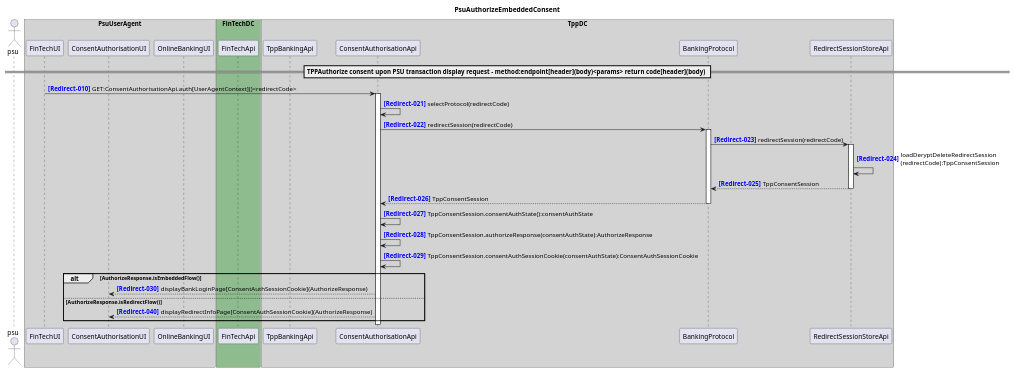
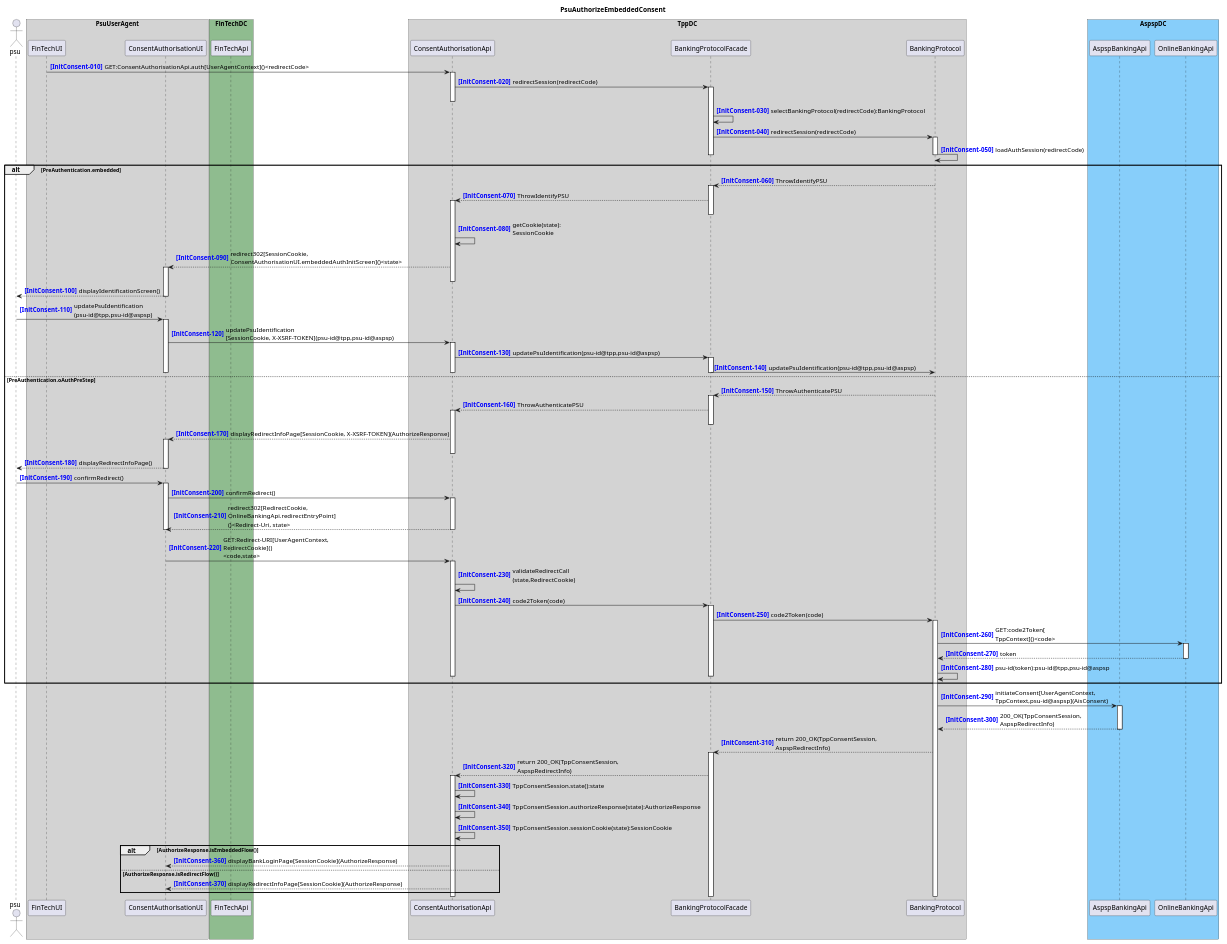
One commit to adorsys/open-banking-gateway changed the diagram in docs/architecture/diagrams/useCases/5-redirectPsuToConsentAPI.puml. Above: the diagram before and after it, drawn with PlantUML. The commit also changed 9 other files, not shown here.

```diff
--- a/docs/architecture/diagrams/useCases/5-redirectPsuToConsentAPI.puml
+++ b/docs/architecture/diagrams/useCases/5-redirectPsuToConsentAPI.puml
@@ -1,45 +1,86 @@
 @startuml
 title PsuAuthorizeEmbeddedConsent
-autonumber 10 10 "<b><color blue>[Redirect-000]</color></b>"
+autonumber 10 10 "<b><color blue>[InitConsent-000]</color></b>"
 actor psu
 
 box "PsuUserAgent" #LightGray
     participant "FinTechUI" as FinTechUI
     participant "ConsentAuthorisationUI" as ConsentAuthorisationUI
-    participant "OnlineBankingUI" as OnlineBankingUI
+    'participant "OnlineBankingUI" as OnlineBankingUI
 end box
 box "FinTechDC" #DarkSeaGreen
     participant "FinTechApi" as FinTechApi
 end box
 box "TppDC" #LightGray
-    participant "TppBankingApi" as TppBankingApi
+    'participant "TppBankingApi" as TppBankingApi
     'participant "TppBankSearchApi" as TppBankSearchApi
     participant "ConsentAuthorisationApi" as ConsentAuthorisationApi
+    participant "BankingProtocolFacade" as BankingProtocolFacade
 
     participant "BankingProtocol" as BankingProtocol
-    participant "RedirectSessionStoreApi" as RedirectSessionStoreApi
+    'participant "RedirectSessionStoreApi" as RedirectSessionStoreApi
 end box
 box "AspspDC" #LightSkyBlue
-	'participant "AspspBankingApi" as AspspBankingApi
-    'participant "OnlineBankingApi" as OnlineBankingApi
+	participant "AspspBankingApi" as AspspBankingApi
+    participant "OnlineBankingApi" as OnlineBankingApi
 end box
-== TPPAuthorize consent upon PSU transaction display request - method:endpoint[header](body)<params> return code[header](body) ==
 
 FinTechUI -> ConsentAuthorisationApi ++ : GET:ConsentAuthorisationApi.auth[UserAgentContext]()<redirectCode>
-autonumber 21 1 "<b><color blue>[Redirect-000]</color></b>"
-ConsentAuthorisationApi -> ConsentAuthorisationApi : selectProtocol(redirectCode)
-ConsentAuthorisationApi -> BankingProtocol ++ : redirectSession(redirectCode)
-BankingProtocol -> RedirectSessionStoreApi ++ : redirectSession(redirectCode)
-RedirectSessionStoreApi -> RedirectSessionStoreApi : loadDeryptDeleteRedirectSession\n(redirectCode):TppConsentSession
-return TppConsentSession
-return TppConsentSession
-ConsentAuthorisationApi -> ConsentAuthorisationApi : TppConsentSession.consentAuthState():consentAuthState
-ConsentAuthorisationApi -> ConsentAuthorisationApi : TppConsentSession.authorizeResponse(consentAuthState):AuthorizeResponse
-ConsentAuthorisationApi -> ConsentAuthorisationApi : TppConsentSession.consentAuthSessionCookie(consentAuthState):ConsentAuthSessionCookie
-autonumber 30 10 "<b><color blue>[Redirect-000]</color></b>"
+ConsentAuthorisationApi -> BankingProtocolFacade ++ : redirectSession(redirectCode)
+deactivate ConsentAuthorisationApi
+BankingProtocolFacade -> BankingProtocolFacade : selectBankingProtocol(redirectCode):BankingProtocol
+BankingProtocolFacade -> BankingProtocol ++ : redirectSession(redirectCode)
+BankingProtocol -> BankingProtocol : loadAuthSession(redirectCode)
+deactivate BankingProtocolFacade
+deactivate BankingProtocol
+alt PreAuthentication.embedded
+    BankingProtocol --> BankingProtocolFacade ++ : ThrowIdentifyPSU
+    BankingProtocolFacade --> ConsentAuthorisationApi ++ : ThrowIdentifyPSU
+    deactivate BankingProtocolFacade
+    ConsentAuthorisationApi -> ConsentAuthorisationApi : getCookie(state):\nSessionCookie
+    ConsentAuthorisationApi --> ConsentAuthorisationUI ++ : redirect302[SessionCookie,\nConsentAuthorisationUI.embeddedAuthInitScreen]()<state>
+    deactivate ConsentAuthorisationApi
+    ConsentAuthorisationUI --> psu : displayIdentificationScreen()
+    deactivate ConsentAuthorisationUI
+    psu -> ConsentAuthorisationUI ++ : updatePsuIdentification\n(psu-id@tpp,psu-id@aspsp)
+    ConsentAuthorisationUI -> ConsentAuthorisationApi ++ : updatePsuIdentification\n[SessionCookie, X-XSRF-TOKEN](psu-id@tpp,psu-id@aspsp)
+    ConsentAuthorisationApi -> BankingProtocolFacade ++ : updatePsuIdentification(psu-id@tpp,psu-id@aspsp)
+    BankingProtocolFacade -> BankingProtocol : updatePsuIdentification(psu-id@tpp,psu-id@aspsp)
+    deactivate ConsentAuthorisationUI
+    deactivate ConsentAuthorisationApi
+    deactivate BankingProtocolFacade
+else PreAuthentication.oAuthPreStep
+    BankingProtocol --> BankingProtocolFacade ++ : ThrowAuthenticatePSU
+    BankingProtocolFacade --> ConsentAuthorisationApi ++ : ThrowAuthenticatePSU
+    deactivate BankingProtocolFacade
+    ConsentAuthorisationApi --> ConsentAuthorisationUI ++ : displayRedirectInfoPage[SessionCookie, X-XSRF-TOKEN](AuthorizeResponse)
+    deactivate ConsentAuthorisationApi
+    ConsentAuthorisationUI --> psu : displayRedirectInfoPage()
+    deactivate ConsentAuthorisationUI
+    psu -> ConsentAuthorisationUI ++ : confirmRedirect()
+    ConsentAuthorisationUI -> ConsentAuthorisationApi ++ : confirmRedirect()
+    return redirect302[RedirectCookie,\nOnlineBankingApi.redirectEntryPoint]\n()<Redirect-Uri, state>
+    deactivate ConsentAuthorisationUI
+    ConsentAuthorisationUI -> ConsentAuthorisationApi ++ : GET:Redirect-URI[UserAgentContext,\nRedirectCookie]()\n<code,state>
+    ConsentAuthorisationApi -> ConsentAuthorisationApi : validateRedirectCall\n(state,RedirectCookie)
+    ConsentAuthorisationApi -> BankingProtocolFacade ++ : code2Token(code)
+    BankingProtocolFacade -> BankingProtocol ++ : code2Token(code)
+    BankingProtocol -> OnlineBankingApi ++ : GET:code2Token[\nTppContext]()<code>
+    return token
+    BankingProtocol -> BankingProtocol : psu-id(token):psu-id@tpp,psu-id@aspsp
+    deactivate ConsentAuthorisationApi
+    deactivate BankingProtocolFacade
+end
+BankingProtocol -> AspspBankingApi ++ : initiateConsent[UserAgentContext,\nTppContext,psu-id@aspsp](AisConsent) 
+return 200_OK(TppConsentSession,\nAspspRedirectInfo)
+BankingProtocol --> BankingProtocolFacade ++ : return 200_OK(TppConsentSession,\nAspspRedirectInfo)
+BankingProtocolFacade --> ConsentAuthorisationApi ++ : return 200_OK(TppConsentSession,\nAspspRedirectInfo)
+ConsentAuthorisationApi -> ConsentAuthorisationApi : TppConsentSession.state():state
+ConsentAuthorisationApi -> ConsentAuthorisationApi : TppConsentSession.authorizeResponse(state):AuthorizeResponse
+ConsentAuthorisationApi -> ConsentAuthorisationApi : TppConsentSession.sessionCookie(state):SessionCookie
 alt AuthorizeResponse.isEmbeddedFlow()
-ConsentAuthorisationApi --> ConsentAuthorisationUI : displayBankLoginPage[ConsentAuthSessionCookie](AuthorizeResponse)
+ConsentAuthorisationApi --> ConsentAuthorisationUI : displayBankLoginPage[SessionCookie](AuthorizeResponse)
 else AuthorizeResponse.isRedirectFlow()
-ConsentAuthorisationApi --> ConsentAuthorisationUI : displayRedirectInfoPage[ConsentAuthSessionCookie](AuthorizeResponse)
+ConsentAuthorisationApi --> ConsentAuthorisationUI : displayRedirectInfoPage[SessionCookie](AuthorizeResponse)
 end
 @enduml
```
